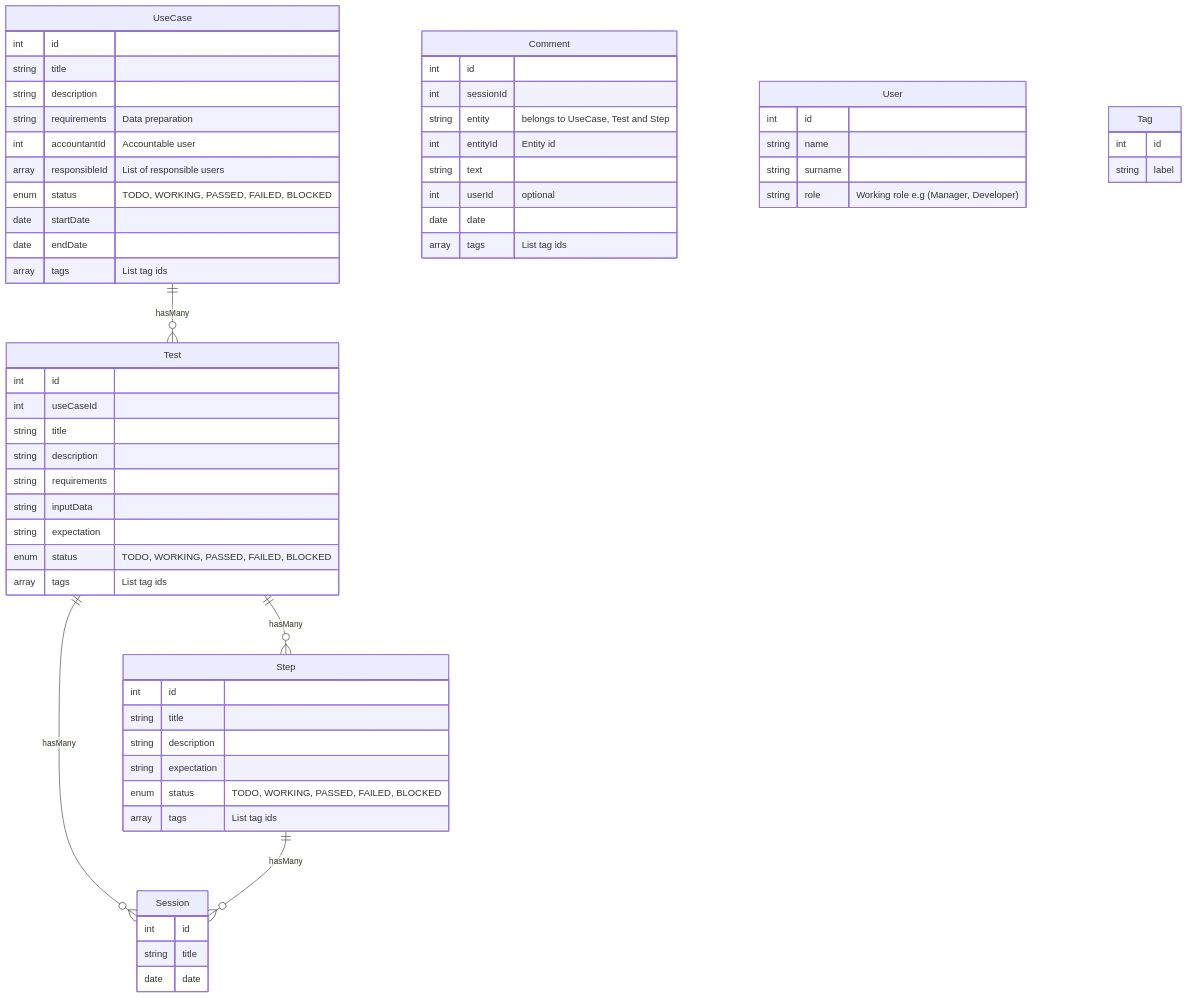
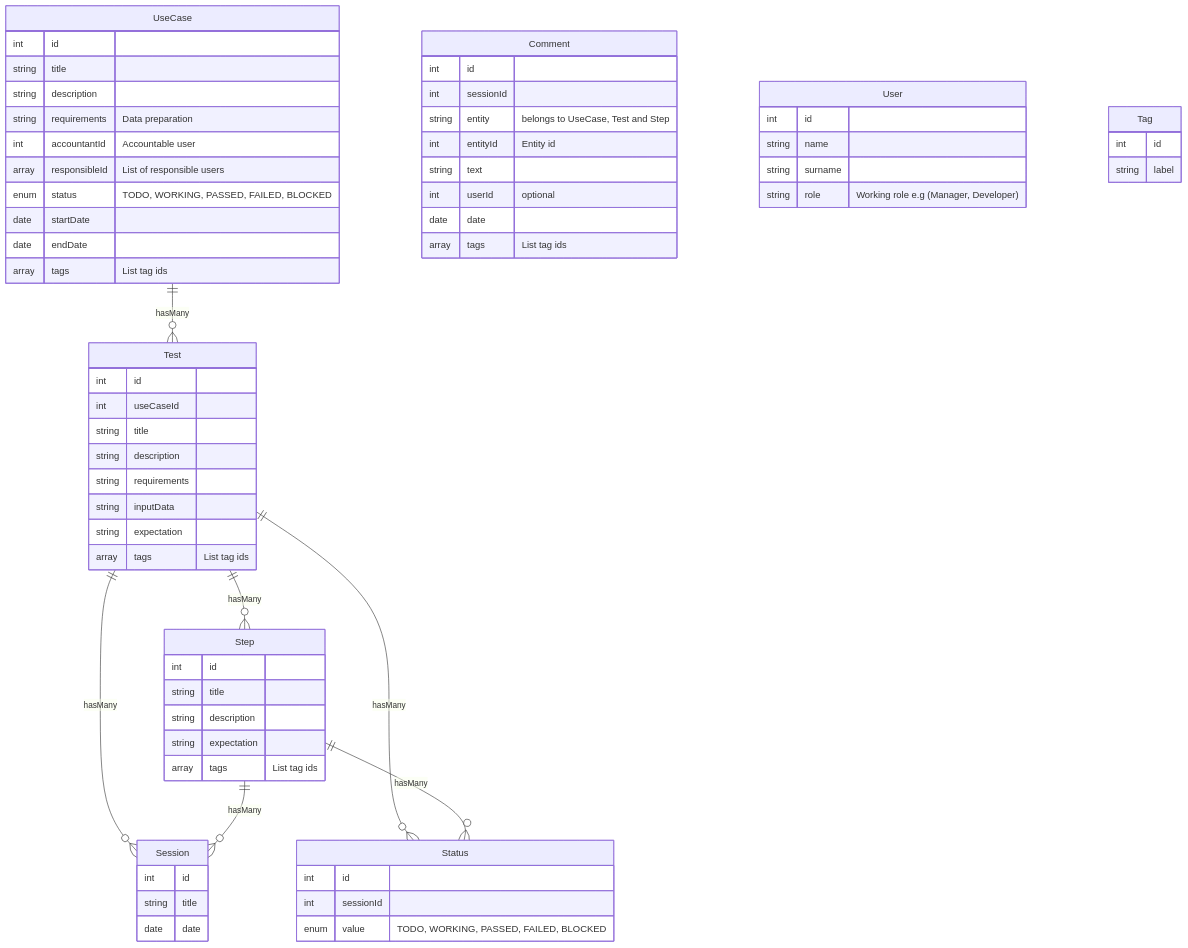
One commit to intesys/ytestbook changed the diagram in doc/data-model.md. Above: the diagram before and after it, drawn with Mermaid.

Commit message:
Data model

````diff
--- a/doc/data-model.md
+++ b/doc/data-model.md
@@ -12,63 +12,68 @@
 ```mermaid
 erDiagram
   UseCase {
     int id
     string title
     string description
     string requirements "Data preparation"
     int accountantId "Accountable user"
     array responsibleId "List of responsible users"
     enum status "TODO, WORKING, PASSED, FAILED, BLOCKED"
     date startDate
     date endDate
     array tags "List tag ids"
   }
   Test {
     int id
     int useCaseId
     string title
     string description
     string requirements
     string inputData
     string expectation
-    enum status "TODO, WORKING, PASSED, FAILED, BLOCKED"
     array tags "List tag ids"
   }
   Step {
     int id
     string title
     string description
     string expectation
-    enum status "TODO, WORKING, PASSED, FAILED, BLOCKED"
     array tags "List tag ids"
   }
   Session {
     int id
     string title
     date date
+  }
+  Status {
+    int id
+    int sessionId
+    enum value "TODO, WORKING, PASSED, FAILED, BLOCKED"
   }
   Comment {
     int id
     int sessionId
     string entity "belongs to UseCase, Test and Step"
     int entityId "Entity id"
     string text
     int userId "optional"
     date date
     array tags "List tag ids"
   }
   User {
     int id
     string name
     string surname
     string role "Working role e.g (Manager, Developer)"
   }
   Tag {
     int id
     string label
   }
   UseCase   ||--o{   Test     : hasMany
   Test      ||--o{   Step     : hasMany
   Test      ||--o{   Session  : hasMany
   Step      ||--o{   Session  : hasMany
+  Test      ||--o{   Status   : hasMany
+  Step      ||--o{   Status   : hasMany
 ```
````
